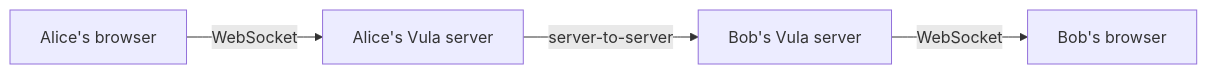
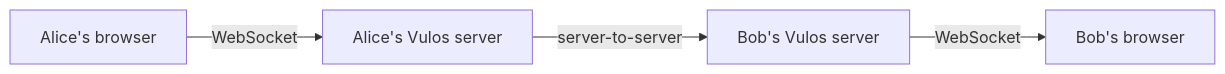
Before and after one commit to vul-os/vulos: the fifth of 13 diagrams in roadmap/PEERING.md, drawn with Mermaid. The commit also changed other lines of this file and 138 other files, not shown here.

````diff
--- a/roadmap/PEERING.md
+++ b/roadmap/PEERING.md
@@ -425,6 +425,6 @@
 ```mermaid
 flowchart LR
-    AB["Alice's browser"] -->|WebSocket| AS["Alice's Vula server"]
-    AS -->|server-to-server| BS["Bob's Vula server"]
+    AB["Alice's browser"] -->|WebSocket| AS["Alice's Vulos server"]
+    AS -->|server-to-server| BS["Bob's Vulos server"]
     BS -->|WebSocket| BB["Bob's browser"]
 ```
````
